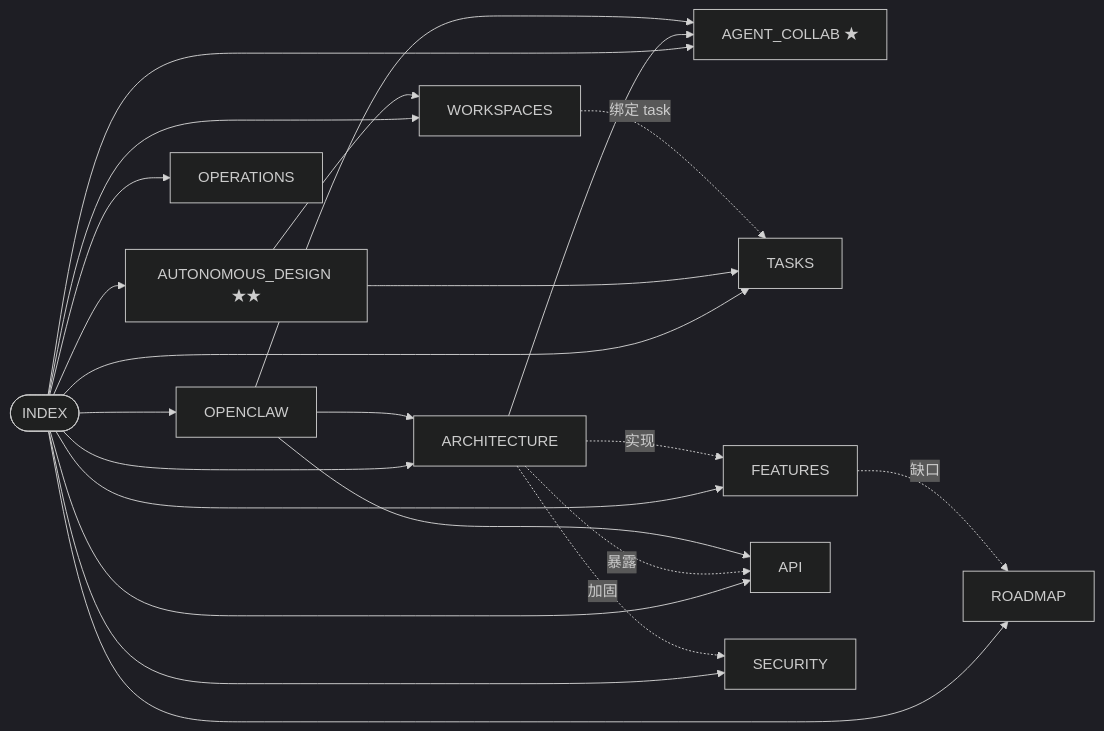
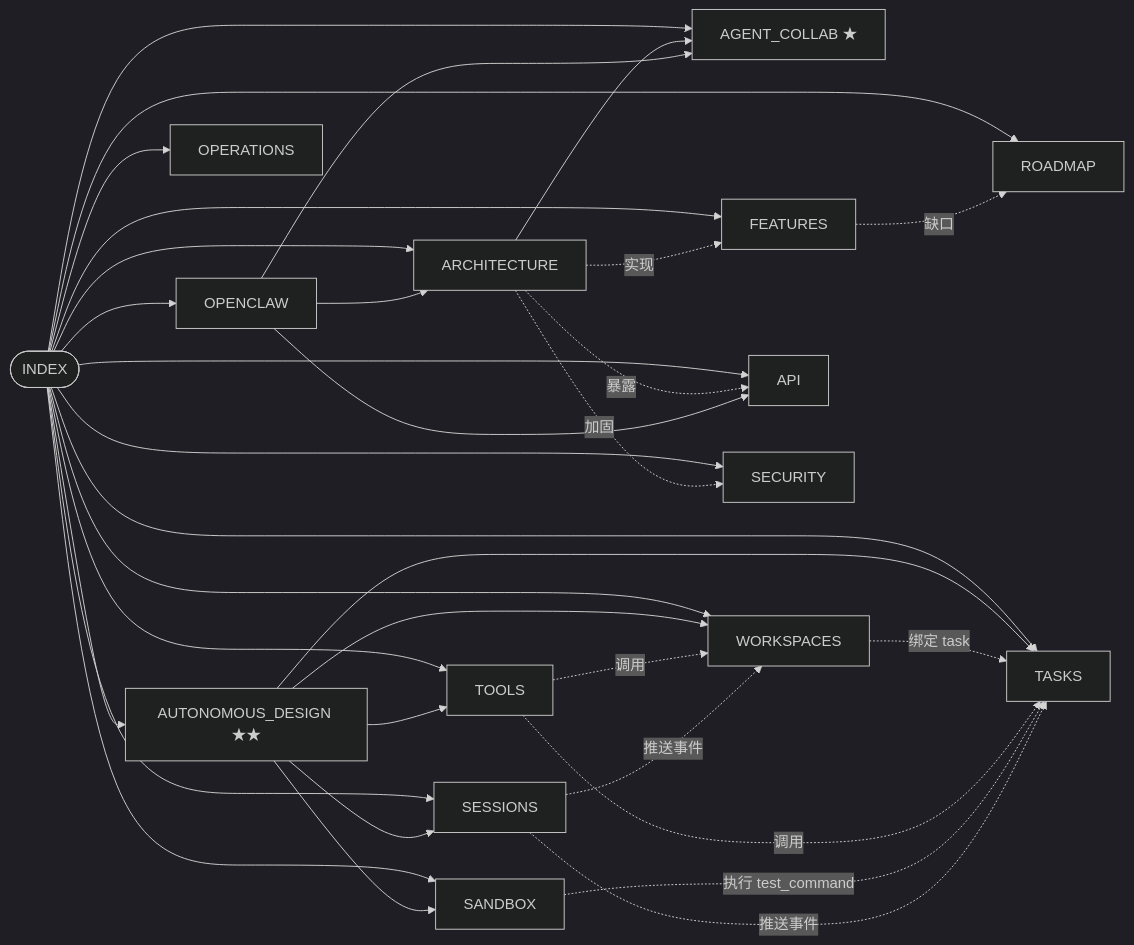
The diagram in docs/tech/INDEX.md (Kyle-zhai/agent2agent), drawn with Mermaid (dark theme) before and after one commit. The commit also changed other lines of this file and 3 other files, not shown here.

First line of the commit message:
docs: 补 v0.6/v0.7/v0.8 各自专属 Obsidian 页（SESSIONS / TOOLS / SANDBOX）

````diff
--- a/docs/tech/INDEX.md
+++ b/docs/tech/INDEX.md
@@ -17,26 +17,37 @@
 ```mermaid
 graph LR
   IDX([INDEX]) --> ARCH[ARCHITECTURE]
   IDX --> COL[AGENT_COLLAB ★]
   IDX --> AUTO[AUTONOMOUS_DESIGN ★★]
   IDX --> WS[WORKSPACES]
   IDX --> TSK[TASKS]
+  IDX --> SES[SESSIONS]
+  IDX --> TLS[TOOLS]
+  IDX --> SBX[SANDBOX]
   IDX --> FEAT[FEATURES]
   IDX --> API[API]
   IDX --> SEC[SECURITY]
   IDX --> OC[OPENCLAW]
   IDX --> RM[ROADMAP]
   IDX --> OPS[OPERATIONS]
 
   ARCH -.->|实现| FEAT
   ARCH -.->|暴露| API
   ARCH -.->|加固| SEC
   ARCH --> COL
   AUTO --> WS
   AUTO --> TSK
+  AUTO --> SES
+  AUTO --> TLS
+  AUTO --> SBX
   WS -.->|绑定 task| TSK
+  TLS -.->|调用| WS
+  TLS -.->|调用| TSK
+  SBX -.->|执行 test_command| TSK
+  SES -.->|推送事件| WS
+  SES -.->|推送事件| TSK
   FEAT -.->|缺口| RM
   OC --> COL
   OC --> API
   OC --> ARCH
 ```
````
